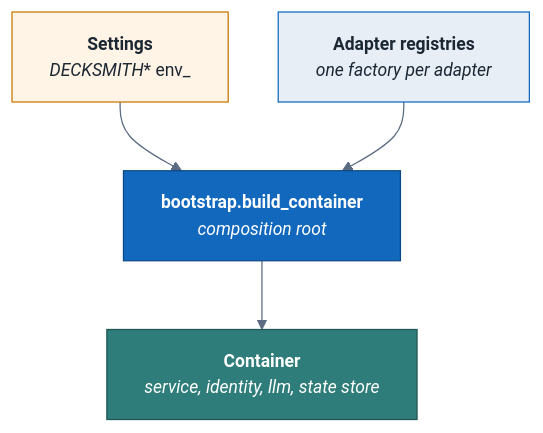
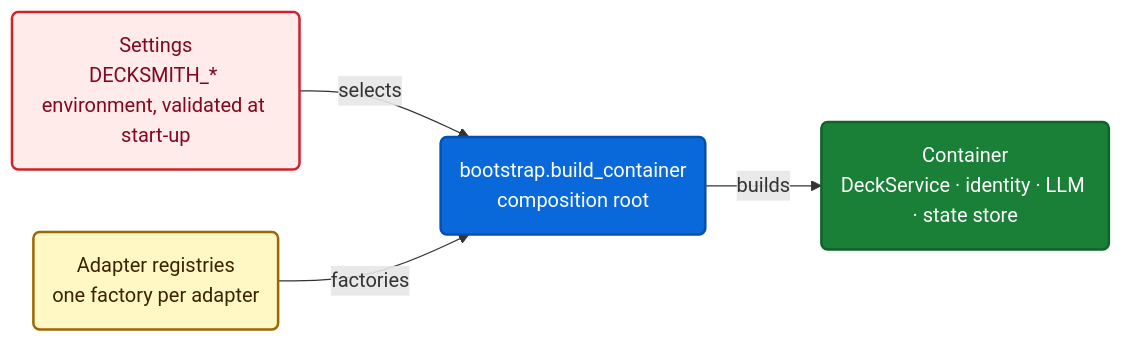
The seventh of 7 diagrams in ARCHITECTURE.md (santoshshinde2012/deck-smith-local), drawn with Mermaid before and after one commit. The commit also changed other lines of this file and 9 other files, not shown here.

First line of the commit message:
docs: rewrite README and architecture diagrams with one semantic palette

````diff
--- a/ARCHITECTURE.md
+++ b/ARCHITECTURE.md
@@ -199,25 +478,23 @@
 ```mermaid
-%%{init: {"theme": "base", "fontFamily": "Helvetica, Arial, DejaVu Sans, sans-serif", "themeVariables": {"fontFamily": "Helvetica, Arial, DejaVu Sans, sans-serif", "fontSize": "14px", "primaryColor": "#F4F6F9", "primaryTextColor": "#1B2733", "primaryBorderColor": "#5B6B82", "lineColor": "#5B6B82", "clusterBkg": "#FAFBFC", "clusterBorder": "#9AA5B1", "edgeLabelBackground": "#FFFFFF"}, "flowchart": {"curve": "basis", "nodeSpacing": 40, "rankSpacing": 55}}}%%
-%% diagram: dsl-composition-root
+%% diagram: composition-root
 %% caption: Settings choose one adapter per port; bootstrap is the only place concrete classes are built.
-flowchart TB
-
-  CFG["`**Settings**
-    _DECKSMITH_* env_`"]:::security
-  BOOT["`**bootstrap.build_container**
-    _composition root_`"]:::app
-  REG["`**Adapter registries**
-    _one factory per adapter_`"]:::infra
-  C["`**Container**
-    _service, identity, llm, state store_`"]:::agent
-  CFG --> BOOT
-  REG --> BOOT
-  BOOT --> C
-  classDef person fill:#08427B,stroke:#052E56,color:#FFFFFF
-  classDef app fill:#1168BD,stroke:#0B4884,color:#FFFFFF
-  classDef agent fill:#2E7D7A,stroke:#1F5654,color:#FFFFFF
-  classDef data fill:#F4F6F9,stroke:#5B6B82,color:#1B2733
-  classDef external fill:#8A94A3,stroke:#5B6B82,color:#FFFFFF
-  classDef security fill:#FFF4E5,stroke:#C77700,color:#1B2733
-  classDef infra fill:#E8EEF6,stroke:#1168BD,color:#1B2733
+flowchart LR
+  CFG("Settings<br/>DECKSMITH_* environment, validated at start-up"):::sec
+  REG("Adapter registries<br/>one factory per adapter"):::port
+  BOOT("bootstrap.build_container<br/>composition root"):::app
+  C("Container<br/>DeckService · identity · LLM · state store"):::core
+  CFG -->|selects| BOOT
+  REG -->|factories| BOOT
+  BOOT -->|builds| C
+  classDef ui fill:#8250DF,stroke:#6639BA,stroke-width:2px,color:#FFFFFF
+  classDef app fill:#0969DA,stroke:#0550AE,stroke-width:2px,color:#FFFFFF
+  classDef core fill:#1A7F37,stroke:#116329,stroke-width:2px,color:#FFFFFF
+  classDef port fill:#FFF8C5,stroke:#9A6700,stroke-width:2px,color:#3B2300
+  classDef local fill:#DDF4FF,stroke:#0969DA,stroke-width:2px,color:#0A3069
+  classDef dbx fill:#FFF1E5,stroke:#BC4C00,stroke-width:2px,color:#762C00
+  classDef store fill:#EAEEF2,stroke:#57606A,stroke-width:2px,color:#24292F
+  classDef llm fill:#BF3989,stroke:#99286E,stroke-width:2px,color:#FFFFFF
+  classDef obs fill:#1B7C83,stroke:#0E5A60,stroke-width:2px,color:#FFFFFF
+  classDef ext fill:#57606A,stroke:#32383F,stroke-width:2px,color:#FFFFFF,stroke-dasharray:4 3
+  classDef sec fill:#FFEBE9,stroke:#CF222E,stroke-width:2px,color:#82071E
 ```
````
